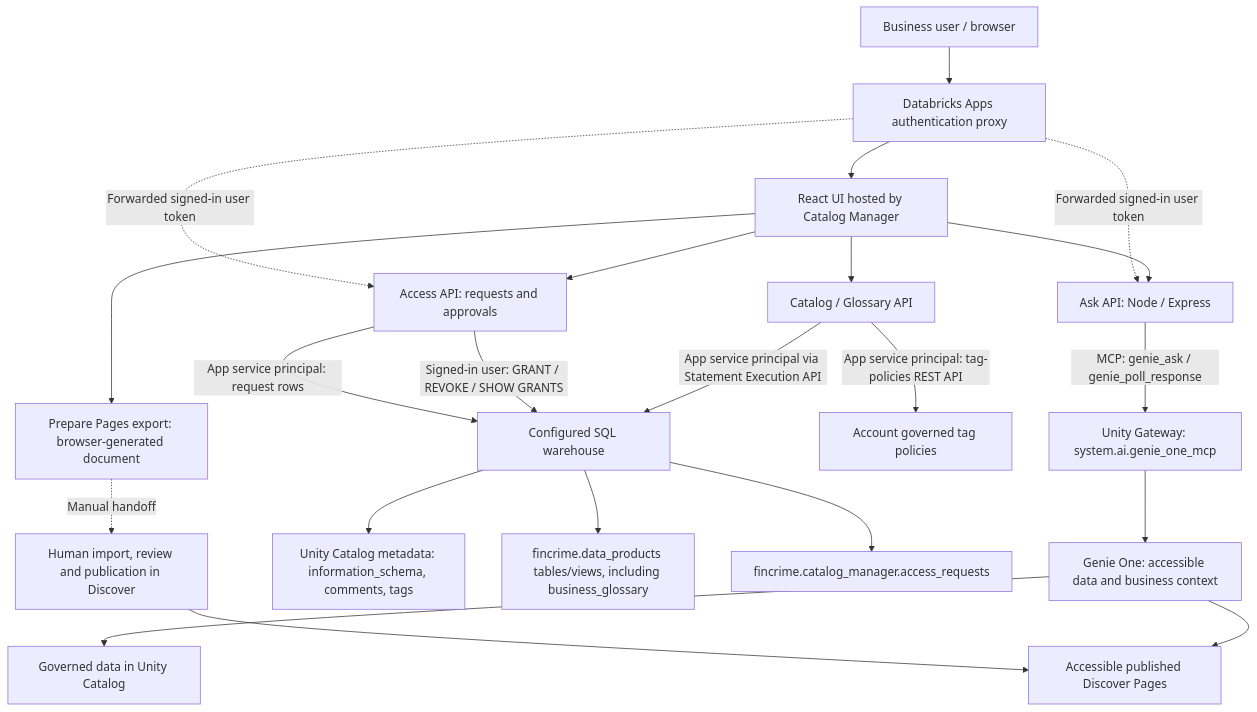
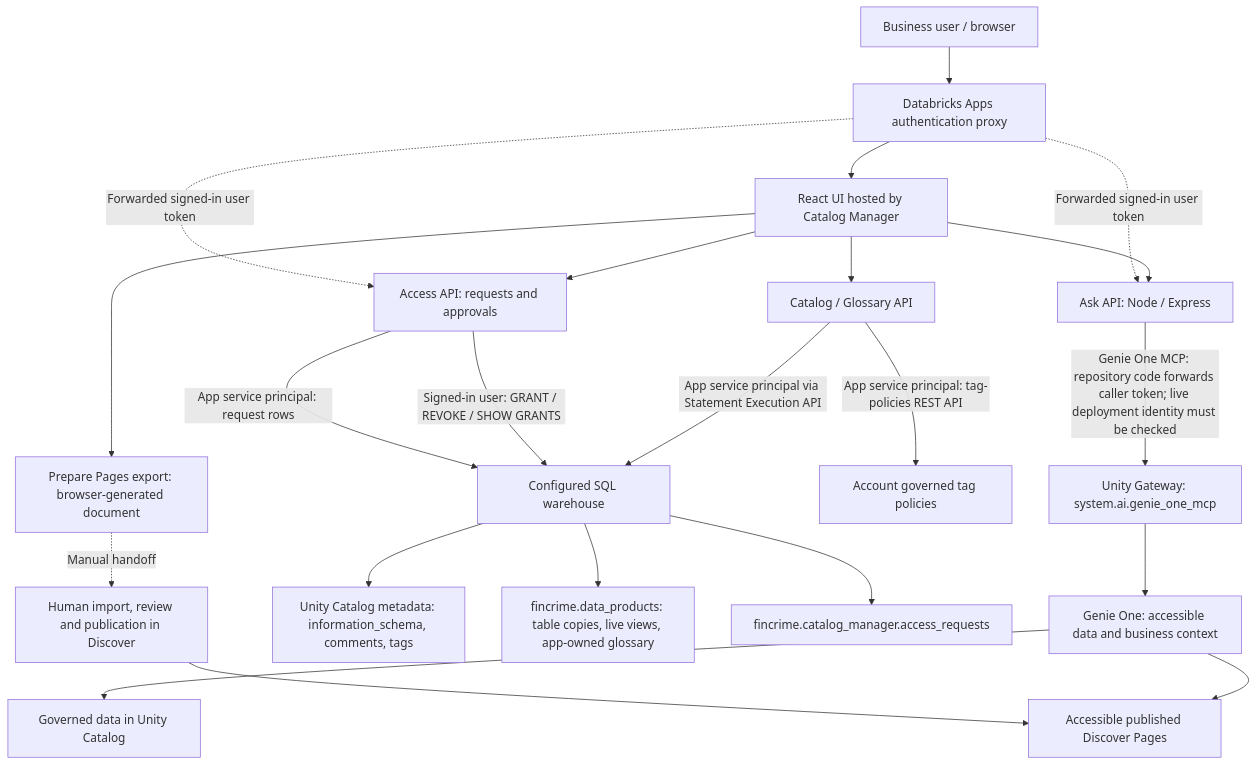
Before and after one commit to greeshmapl5/fincrime-genie-demo: the diagram in docs/summit-team-demo.md, drawn with Mermaid. The commit also changed other lines of this file and 26 other files, not shown here.

````diff
--- a/docs/summit-team-demo.md
+++ b/docs/summit-team-demo.md
@@ -53,24 +58,24 @@
 ```mermaid
 flowchart TD
     U["Business user / browser"] --> P["Databricks Apps authentication proxy"]
     P --> UI["React UI hosted by Catalog Manager"]
     UI --> A["Ask API: Node / Express"]
     P -. "Forwarded signed-in user token" .-> A
-    A -->|"MCP: genie_ask / genie_poll_response"| G["Unity Gateway: system.ai.genie_one_mcp"]
+    A -->|"Genie One MCP: repository code forwards caller token; live deployment identity must be checked"| G["Unity Gateway: system.ai.genie_one_mcp"]
     G --> GO["Genie One: accessible data and business context"]
     GO --> D["Governed data in Unity Catalog"]
     GO --> PG["Accessible published Discover Pages"]
     UI --> C["Catalog / Glossary API"]
     C -->|"App service principal via Statement Execution API"| W["Configured SQL warehouse"]
     C -->|"App service principal: tag-policies REST API"| TP["Account governed tag policies"]
     W --> M["Unity Catalog metadata: information_schema, comments, tags"]
-    W --> T["fincrime.data_products tables/views, including business_glossary"]
+    W --> T["fincrime.data_products: table copies, live views, app-owned glossary"]
     UI --> AC["Access API: requests and approvals"]
     P -. "Forwarded signed-in user token" .-> AC
     AC -->|"Signed-in user: GRANT / REVOKE / SHOW GRANTS"| W
     AC -->|"App service principal: request rows"| W
     W --> R["fincrime.catalog_manager.access_requests"]
     UI --> E["Prepare Pages export: browser-generated document"]
     E -. "Manual handoff" .-> H["Human import, review and publication in Discover"]
     H --> PG
 ```
````
